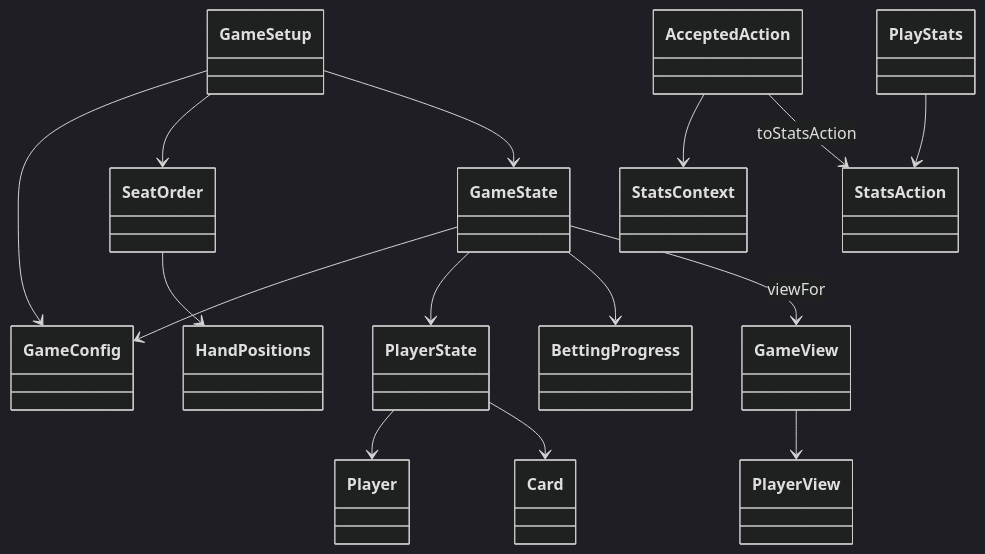
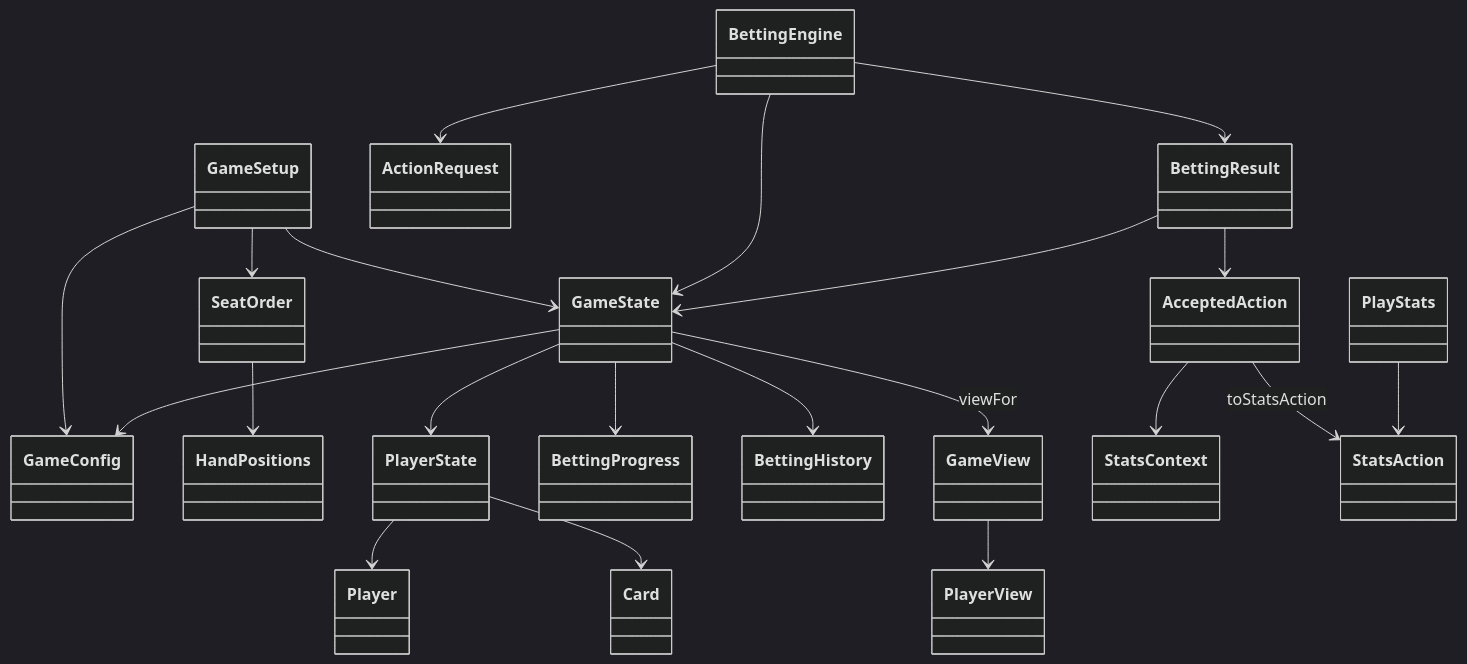
Before and after one commit to nu-cs-sqe/cs380-software-quality-engineering-20262701-course-project-group-16: the diagram in docs/design/README.md, drawn with Mermaid (dark theme). The commit also changed other lines of this file and 1 other file, not shown here.

Commit message:
docs: describe betting progression and statistics context

````diff
--- a/docs/design/README.md
+++ b/docs/design/README.md
@@ -7,17 +7,23 @@
 ```mermaid
 classDiagram
     GameSetup --> GameConfig
     GameSetup --> SeatOrder
     GameSetup --> GameState
     SeatOrder --> HandPositions
     GameState --> GameConfig
     GameState --> PlayerState
     PlayerState --> Player
     PlayerState --> Card
     GameState --> BettingProgress
+    GameState --> BettingHistory
     GameState --> GameView : viewFor
     GameView --> PlayerView
     AcceptedAction --> StatsContext
     AcceptedAction --> StatsAction : toStatsAction
     PlayStats --> StatsAction
+    BettingEngine --> ActionRequest
+    BettingEngine --> GameState
+    BettingEngine --> BettingResult
+    BettingResult --> GameState
+    BettingResult --> AcceptedAction
 ```
````
